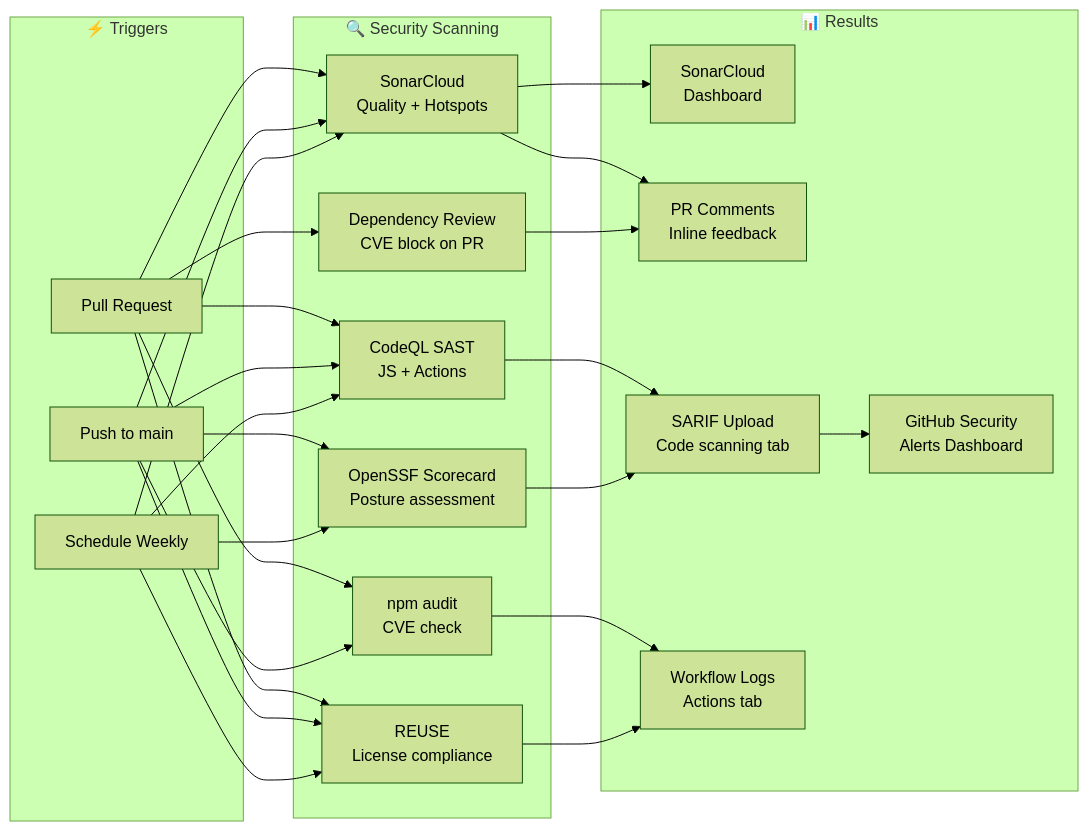
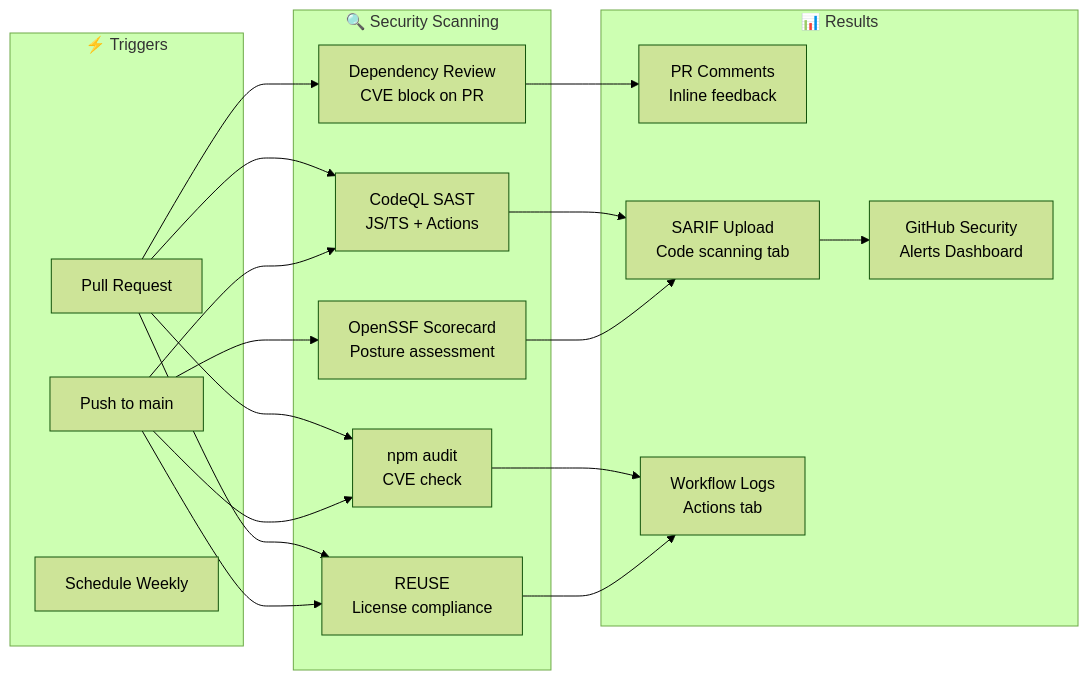
Before and after one commit to Hack23/euparliamentmonitor: the tenth of 13 diagrams in WORKFLOWS.md, drawn with Mermaid (forest theme). The commit also changed other lines of this file, not shown here.

````diff
--- a/WORKFLOWS.md
+++ b/WORKFLOWS.md
@@ -724,37 +850,33 @@
 ```mermaid
 graph LR
     subgraph Triggers["⚡ Triggers"]
         PR[Pull Request]
         PS[Push to main]
         SC[Schedule Weekly]
     end
 
     subgraph Scanning["🔍 Security Scanning"]
-        CQL[CodeQL SAST<br/>JS + Actions]
-        SLD[SonarCloud<br/>Quality + Hotspots]
+        CQL[CodeQL SAST<br/>JS/TS + Actions]
         NA[npm audit<br/>CVE check]
         DR[Dependency Review<br/>CVE block on PR]
         RL[REUSE<br/>License compliance]
         SC2[OpenSSF Scorecard<br/>Posture assessment]
     end
 
     subgraph Output["📊 Results"]
         GH[GitHub Security<br/>Alerts Dashboard]
-        SCL[SonarCloud<br/>Dashboard]
         PRC[PR Comments<br/>Inline feedback]
         SAR[SARIF Upload<br/>Code scanning tab]
         WL[Workflow Logs<br/>Actions tab]
     end
 
-    PR --> CQL & SLD & NA & DR & RL
-    PS --> CQL & SLD & NA & RL & SC2
-    SC --> CQL & SLD & RL & SC2
+    PR --> CQL & NA & DR & RL
+    PS --> CQL & NA & RL & SC2
 
     CQL --> SAR
-    SLD --> SCL & PRC
     NA --> WL
     DR --> PRC
     RL --> WL
     SC2 --> SAR
     SAR --> GH
 ```
````
